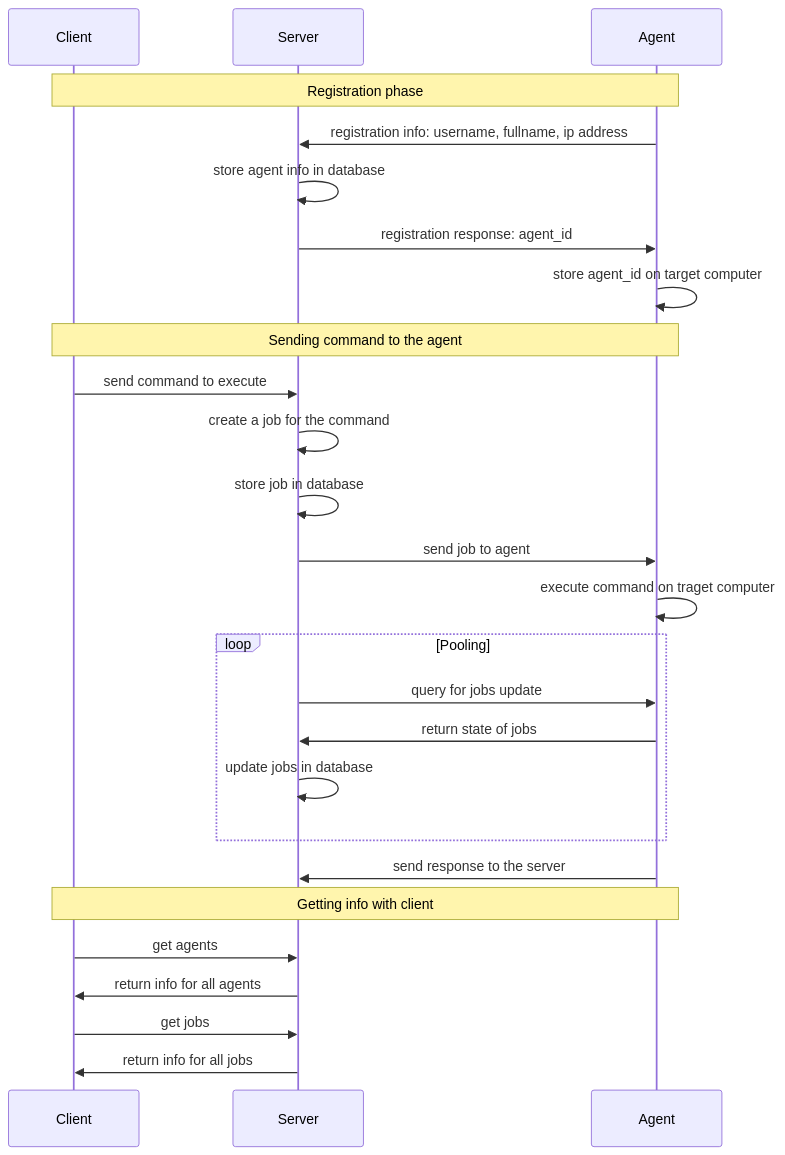
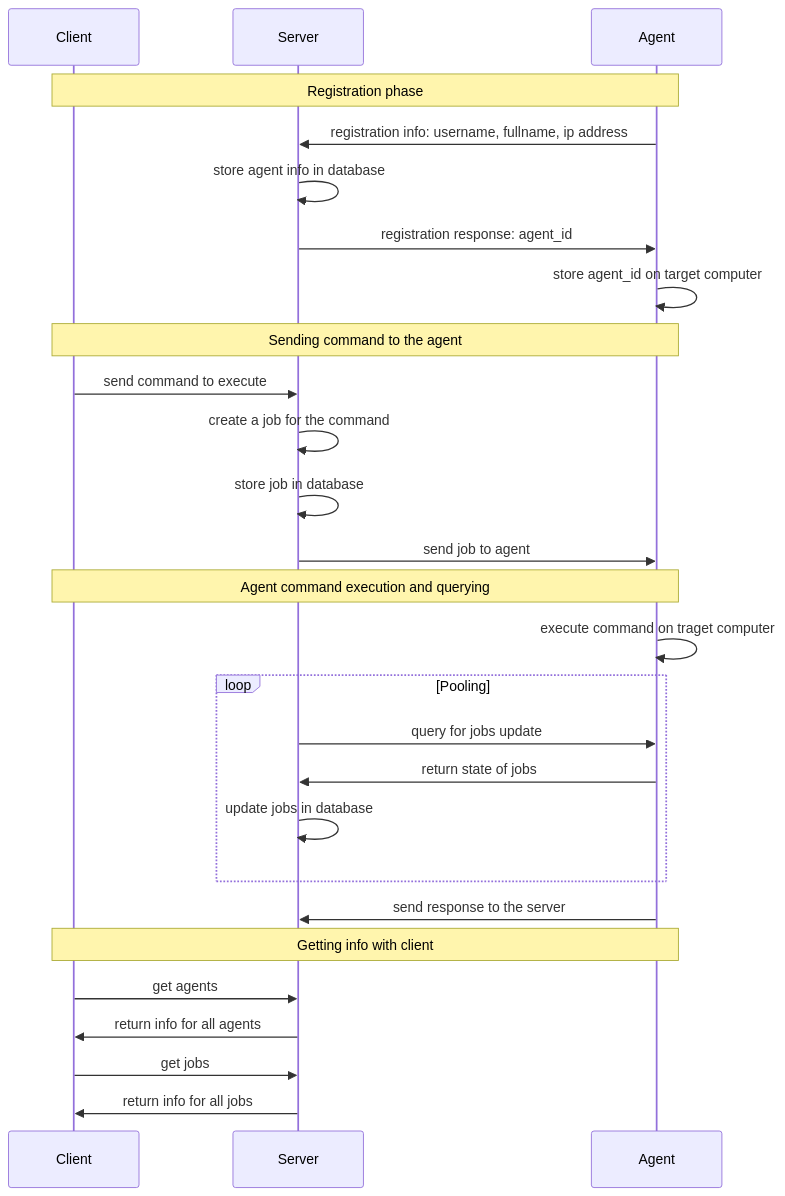
The diagram in readme.md (morukele/RAT), drawn with Mermaid before and after one commit.

Commit message:
added section to show when agent is executing command and server is quering for update

````diff
--- a/readme.md
+++ b/readme.md
@@ -57,33 +57,34 @@
 ```mermaid
 ---
 config:
   theme: default
   look: handDrawn
 ---
 sequenceDiagram
         participant N1 as Client
         participant N2 as Server
         participant N3 as Agent
     Note over N1,N3: Registration phase
     N3 ->> N2: registration info: username, fullname, ip address
     N2 ->> N2: store agent info in database
     N2 ->> N3: registration response: agent_id
     N3 ->> N3: store agent_id on target computer
     Note over N1,N3: Sending command to the agent
     N1 ->> N2: send command to execute
     N2 ->> N2: create a job for the command
     N2 ->> N2: store job in database
     N2 ->> N3: send job to agent
+    Note over N1,N3: Agent command execution and querying
     N3 ->> N3: execute command on traget computer
     loop Pooling
         N2 ->> N3: query for jobs update
         N3 ->> N2: return state of jobs
         N2 ->> N2: update jobs in database
     end
     N3 ->> N2: send response to the server
     Note over N1,N3: Getting info with client
     N1 ->> N2: get agents
     N2 ->> N1: return info for all agents
     N1 ->> N2: get jobs
     N2 ->> N1: return info for all jobs
 ```
````
